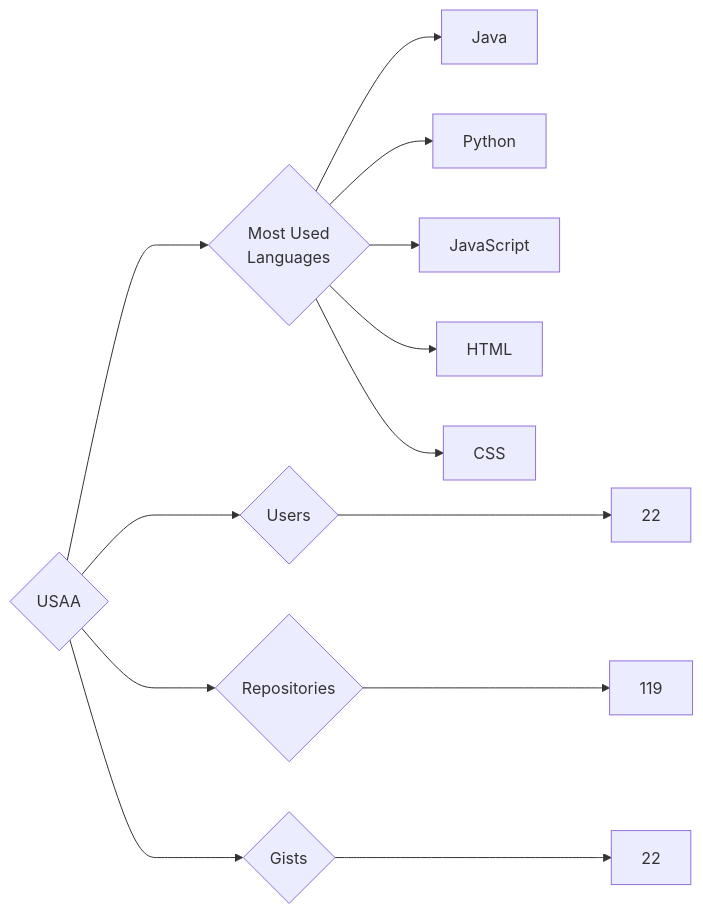
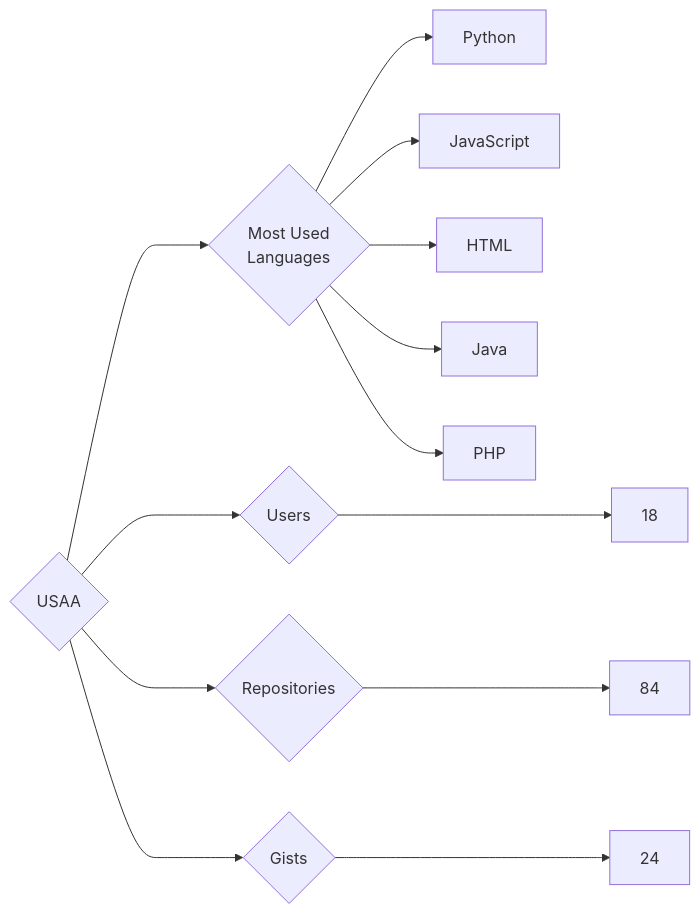
One commit to trickest/insiders changed the diagram in targets/USAA/README.md. Above: the diagram before and after it, drawn with Mermaid. The commit also changed 878 other files, not shown here.

````diff
--- a/targets/USAA/README.md
+++ b/targets/USAA/README.md
@@ -3,13 +3,13 @@
 ```mermaid
 graph LR
 COMPANY_NAME{USAA}
-COMPANY_NAME ---> U{Users} ---> UN[22]
-COMPANY_NAME ---> R{Repositories} ---> RN[119]
-COMPANY_NAME ---> G{Gists} ---> GN[22]
+COMPANY_NAME ---> U{Users} ---> UN[18]
+COMPANY_NAME ---> R{Repositories} ---> RN[84]
+COMPANY_NAME ---> G{Gists} ---> GN[24]
 COMPANY_NAME ---> ML{Most Used<br>Languages}
-ML --> Java[Java]
 ML --> Python[Python]
 ML --> JavaScript[JavaScript]
 ML --> HTML[HTML]
-ML --> CSS[CSS]
+ML --> Java[Java]
+ML --> PHP[PHP]
 ```
````
